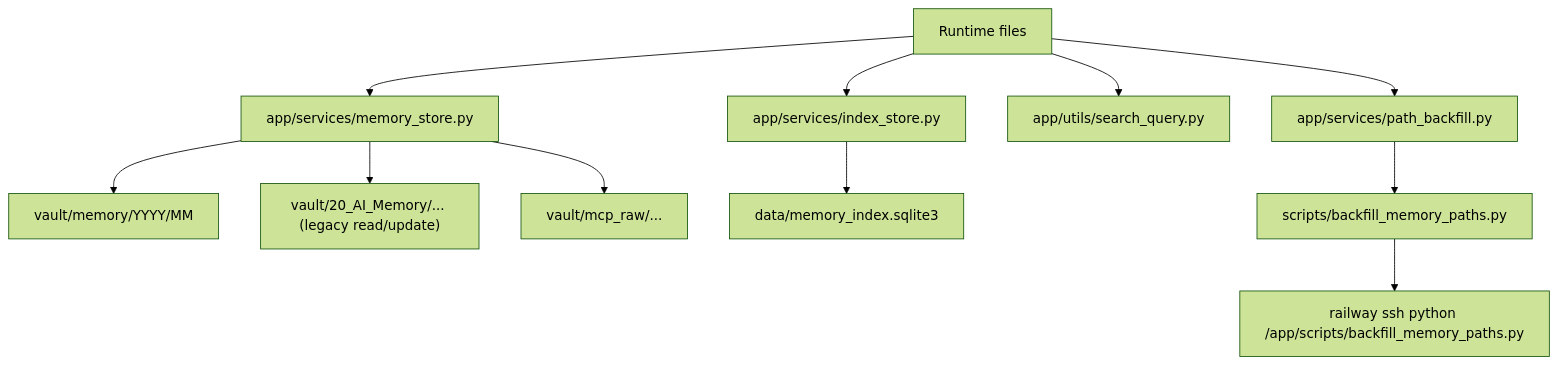
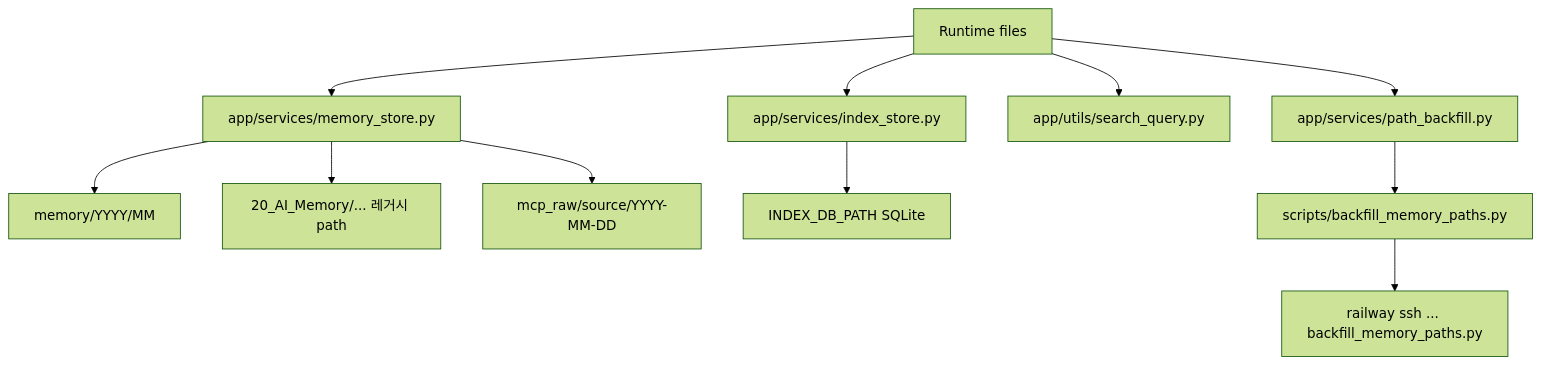
Before and after one commit to macho715/mcp_obsi: the second of 3 diagrams in LAYOUT.md, drawn with Mermaid (forest theme). The commit also changed other lines of this file and 3 other files, not shown here.

````diff
--- a/LAYOUT.md
+++ b/LAYOUT.md
@@ -142,14 +141,14 @@
 ```mermaid
 flowchart TD
     Runtime["Runtime files"] --> Store["app/services/memory_store.py"]
     Runtime --> Index["app/services/index_store.py"]
     Runtime --> Query["app/utils/search_query.py"]
     Runtime --> Backfill["app/services/path_backfill.py"]
 
-    Store --> MemoryTree["vault/memory/YYYY/MM"]
-    Store --> LegacyTree["vault/20_AI_Memory/... (legacy read/update)"]
-    Store --> RawTree["vault/mcp_raw/..."]
-    Index --> SQLite["data/memory_index.sqlite3"]
+    Store --> MemoryTree["memory/YYYY/MM"]
+    Store --> LegacyTree["20_AI_Memory/... 레거시 path"]
+    Store --> RawTree["mcp_raw/source/YYYY-MM-DD"]
+    Index --> SQLite["INDEX_DB_PATH SQLite"]
     Backfill --> CLI["scripts/backfill_memory_paths.py"]
-    CLI --> Railway["railway ssh python /app/scripts/backfill_memory_paths.py"]
+    CLI --> Railway["railway ssh ... backfill_memory_paths.py"]
 ```
````
